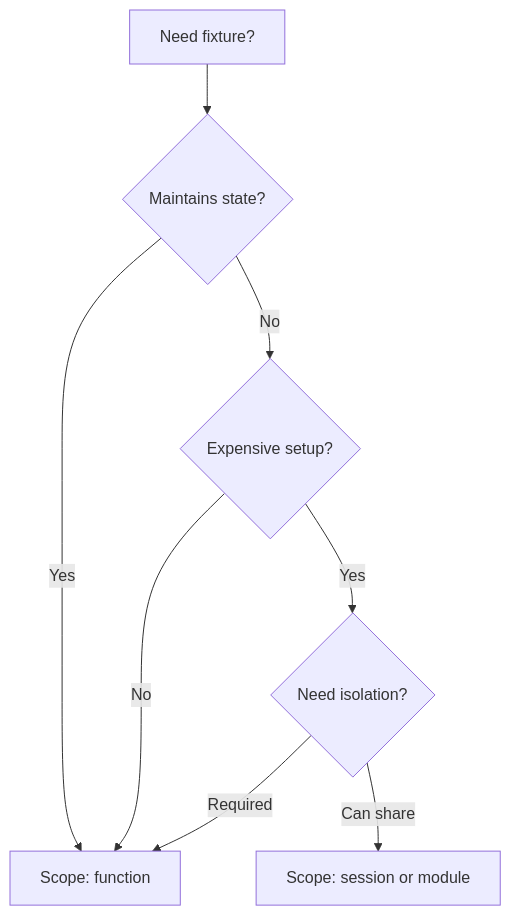
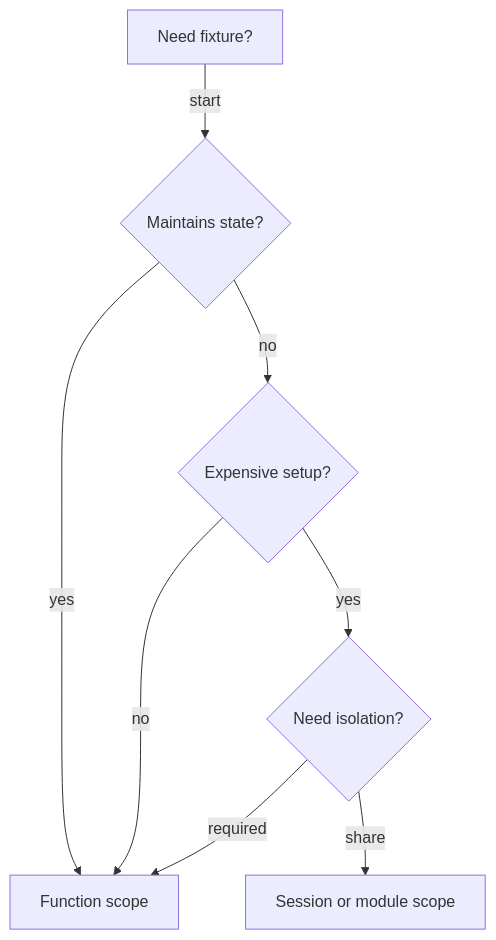
One commit to Tuee22/SpectralMC changed the diagram in documents/engineering/testing_architecture.md. Above: the diagram before and after it, drawn with Mermaid. The commit also changed other lines of this file and 29 other files, not shown here.

````diff
--- a/documents/engineering/testing_architecture.md
+++ b/documents/engineering/testing_architecture.md
@@ -334,15 +335,15 @@
 ```mermaid
 flowchart TB
     Start[Need fixture?]
     State{Maintains state?}
     Expensive{Expensive setup?}
     Isolation{Need isolation?}
 
-    Start --> State
-    State -->|Yes| FunctionScope[Scope: function]
-    State -->|No| Expensive
-    Expensive -->|Yes| Isolation
-    Expensive -->|No| FunctionScope
-    Isolation -->|Required| FunctionScope
-    Isolation -->|Can share| SessionScope[Scope: session or module]
+    Start -->|start| State
+    State -->|yes| FunctionScope[Function scope]
+    State -->|no| Expensive
+    Expensive -->|yes| Isolation
+    Expensive -->|no| FunctionScope
+    Isolation -->|required| FunctionScope
+    Isolation -->|share| SessionScope[Session or module scope]
 ```
````
